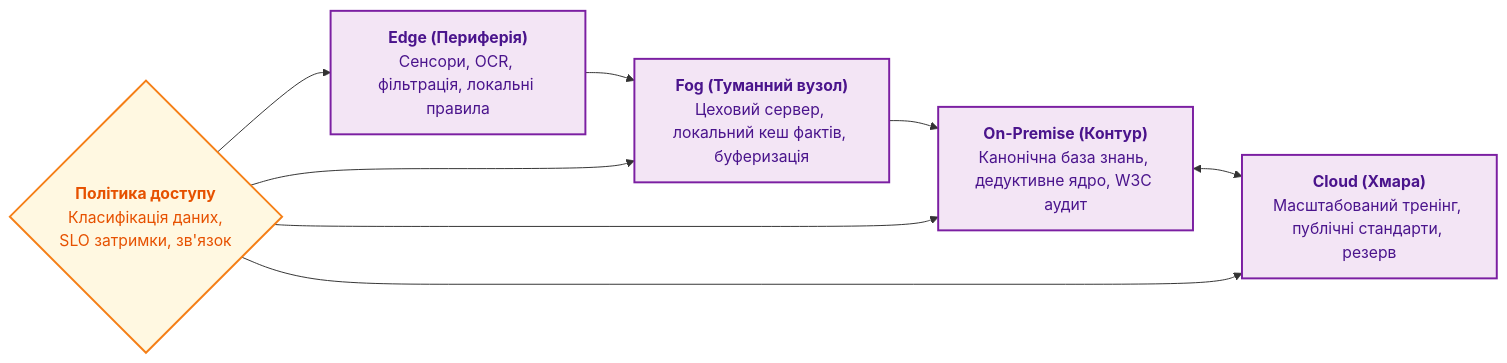
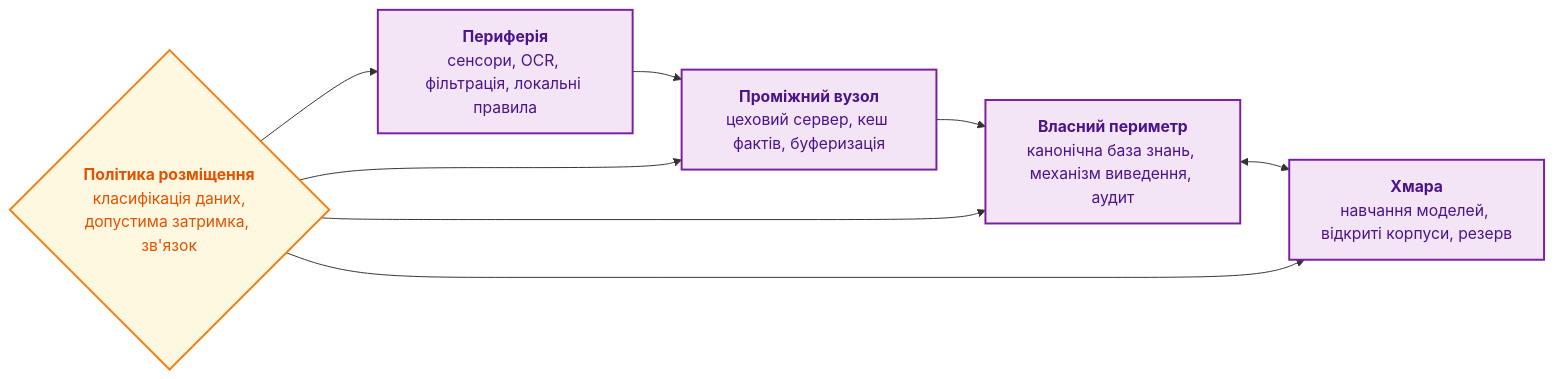
One commit to nick-fedchik/articles changed the fourth of 7 diagrams in ExpertSystem/ch18-execution-infrastructure.md. Above: the diagram before and after it, drawn with Mermaid. The commit also changed other lines of this file, not shown here.

````diff
--- a/ExpertSystem/ch18-execution-infrastructure.md
+++ b/ExpertSystem/ch18-execution-infrastructure.md
@@ -154,20 +175,20 @@
 ```mermaid
 flowchart LR
     accTitle: Топології розгортання експертної системи
-    accDescr: Ієрархія шарів розгортання - Edge, Fog, On-Premise та Cloud з маршрутизацією на основі класифікації даних.
+    accDescr: Периферійний рівень, проміжний вузол, власний периметр організації та хмара, між якими дані й задачі розподіляє політика доступу.
 
-    E["<b>Edge (Периферія)</b><br/>Сенсори, OCR, фільтрація, локальні правила"] --> F["<b>Fog (Туманний вузол)</b><br/>Цеховий сервер, локальний кеш фактів, буферизація"]
-    F --> O["<b>On-Premise (Контур)</b><br/>Канонічна база знань, дедуктивне ядро, W3C аудит"]
-    O <--> C["<b>Cloud (Хмара)</b><br/>Масштабований тренінг, публічні стандарти, резерв"]
+    E["<b>Периферія</b><br/>сенсори, OCR, фільтрація, локальні правила"] --> F["<b>Проміжний вузол</b><br/>цеховий сервер, кеш фактів, буферизація"]
+    F --> O["<b>Власний периметр</b><br/>канонічна база знань, механізм виведення, аудит"]
+    O <--> C["<b>Хмара</b><br/>навчання моделей, відкриті корпуси, резерв"]
 
-    D{"<b>Політика доступу</b><br/>Класифікація даних,<br/>SLO затримки, зв'язок"} --> E
+    D{"<b>Політика розміщення</b><br/>класифікація даних,<br/>допустима затримка, зв'язок"} --> E
     D --> F
     D --> O
     D --> C
 
     classDef node fill:#f3e5f5,stroke:#7b1fa2,stroke-width:2px,color:#4a148c;
     classDef gate fill:#fff8e1,stroke:#f57f17,stroke-width:2px,color:#e65100;
 
     class E,F,O,C node;
     class D gate;
 ```
````
